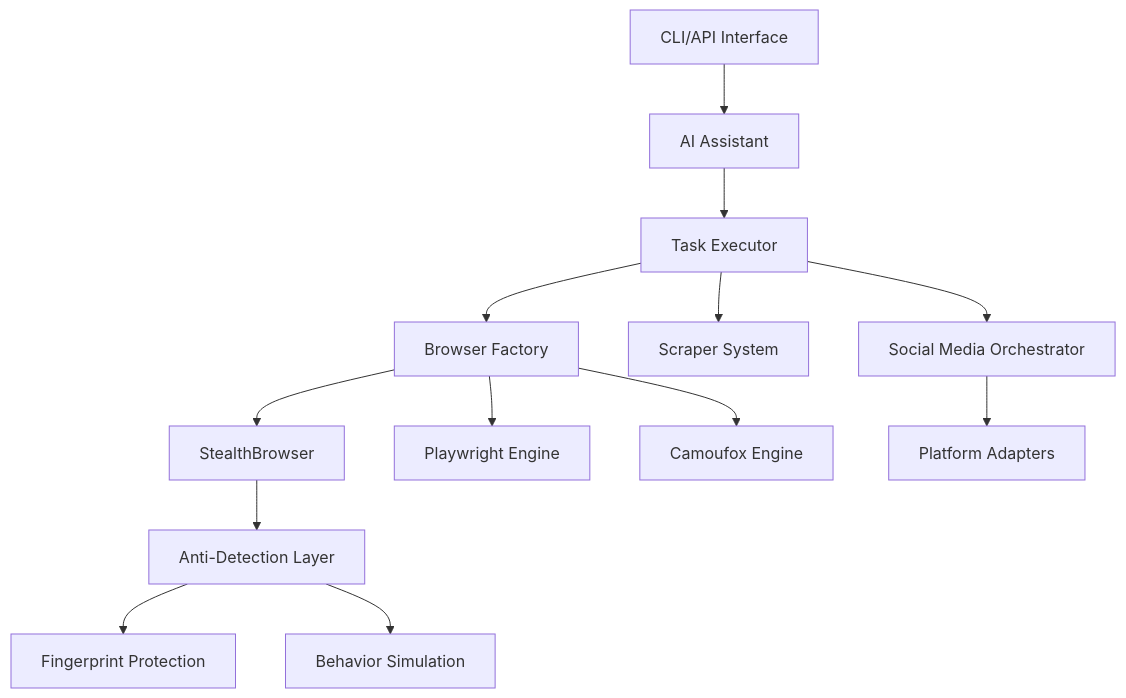
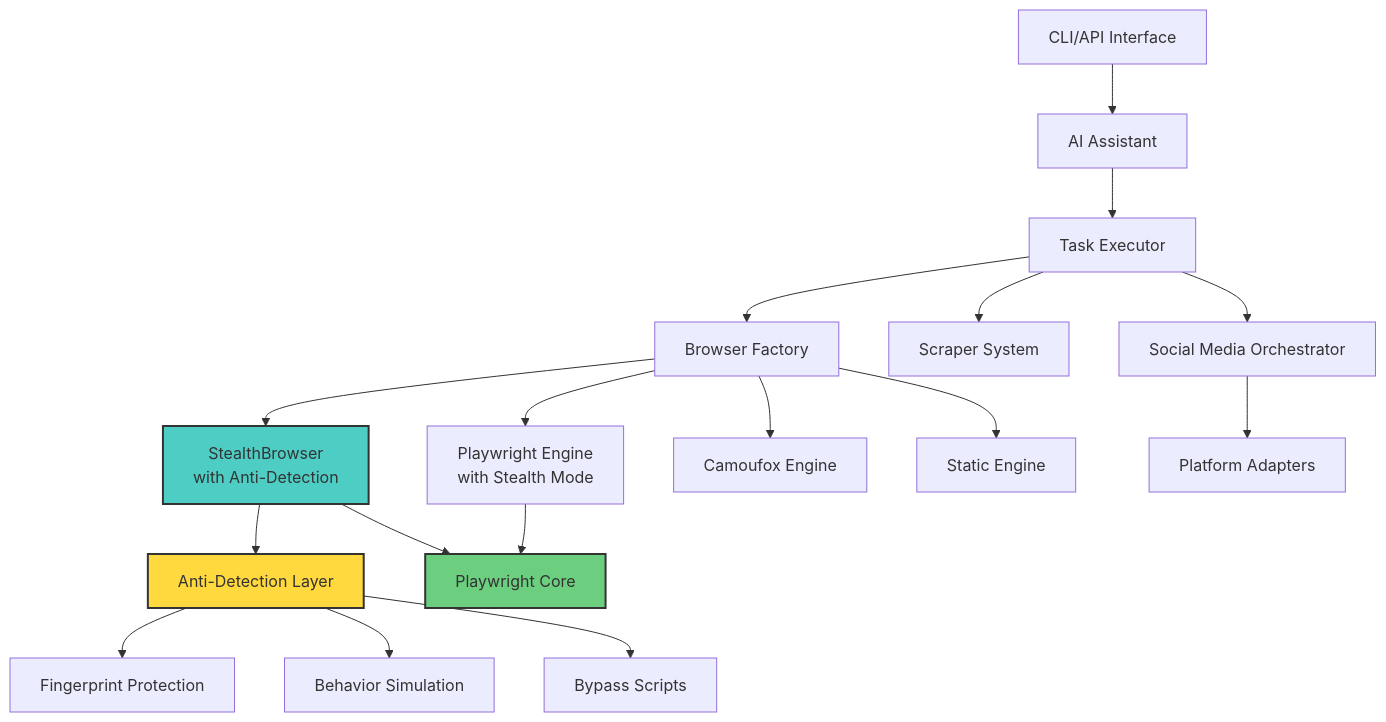
The diagram in README.md (chatcbdai/uoa), drawn with Mermaid before and after one commit. The commit also changed other lines of this file, not shown here.

Commit message:
Fix broken documentation links and correct architecture diagram
- Removed broken links in documentation section (docs/ files don't exist yet)
- Fixed architecture diagram to accurately show Playwright relationship:
  - StealthBrowser uses Playwright Core with Anti-Detection Layer
  - Playwright Engine also uses Playwright Core with stealth capabilities
  - Both engines benefit from anti-detection features
  - Clarified that Playwright is the underlying technology, not a separate path

The architecture now correctly shows that our anti-detection features are applied
on top of Playwright, not bypassed by it.

Author: Christopher Visser
Email: Chris@thcgummies.com
GitHub: @cannavis

````diff
--- a/README.md
+++ b/README.md
@@ -326,15 +326,26 @@
 ```mermaid
 graph TB
     A[CLI/API Interface] --> B[AI Assistant]
     B --> C[Task Executor]
     C --> D[Browser Factory]
-    D --> E[StealthBrowser]
-    D --> F[Playwright Engine]
+    D --> E[StealthBrowser<br/>with Anti-Detection]
+    D --> F[Playwright Engine<br/>with Stealth Mode]
     D --> G[Camoufox Engine]
-    C --> H[Scraper System]
-    C --> I[Social Media Orchestrator]
-    I --> J[Platform Adapters]
+    D --> H[Static Engine]
+    
     E --> K[Anti-Detection Layer]
     K --> L[Fingerprint Protection]
     K --> M[Behavior Simulation]
+    K --> N[Bypass Scripts]
+    
+    E --> P[Playwright Core]
+    F --> P[Playwright Core]
+    
+    C --> Q[Scraper System]
+    C --> R[Social Media Orchestrator]
+    R --> S[Platform Adapters]
+    
+    style E fill:#4ECDC4,stroke:#333,stroke-width:2px
+    style K fill:#FFD93D,stroke:#333,stroke-width:2px
+    style P fill:#6BCF7F,stroke:#333,stroke-width:2px
 ```
````
